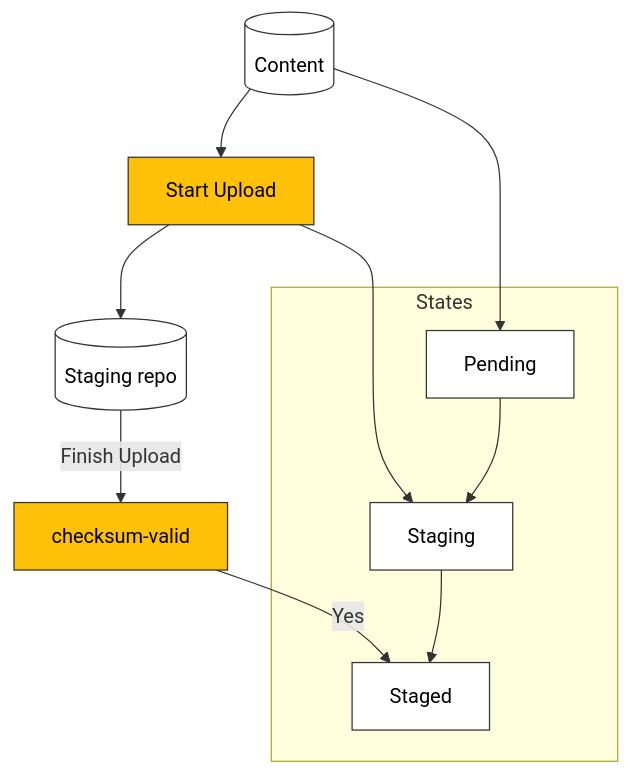
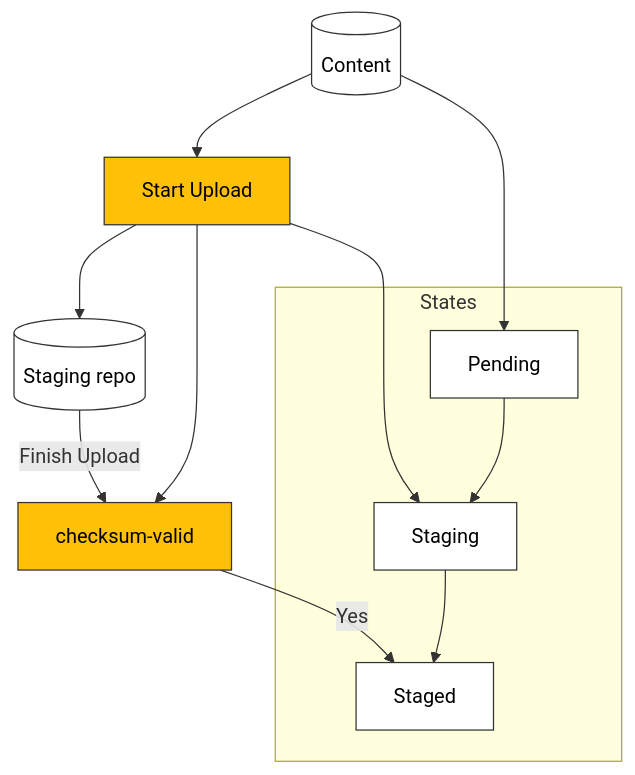
The fourth of 4 diagrams in docs/implementation/asset_upload/stage_content.md (Roche-CSI/ama), drawn with Mermaid before and after one commit. The commit also changed other lines of this file and 26 other files, not shown here.

````diff
--- a/docs/implementation/asset_upload/stage_content.md
+++ b/docs/implementation/asset_upload/stage_content.md
@@ -124,29 +120,30 @@
 ```mermaid
 graph TD
     Content[("Content")] --> StartUpload["Start Upload"]
     StartUpload --> StagingRepo[("Staging repo")]
     StartUpload --> Staging["Staging"]
     ChecksumValid["checksum-valid"]
     StagingRepo-- Finish Upload -->ChecksumValid -->|Yes| Staged["Staged"]
     Content --> Pending["Pending"]
     Pending --> Staging
     Staging --> Staged
+    StartUpload --> ChecksumValid
     
     %% States subgraph
     subgraph States
     Pending
     Staging
     Staged
     end
     
     %% Styling
     classDef default fill:white,stroke:#333,stroke-width:1px,color:black
     classDef decision fill:#FFC107,stroke:#333,stroke-width:1px,color:black,shape:diamond
     classDef stacked fill:white,stroke:#333,stroke-width:1px,color:black
     classDef state fill:white,stroke:#333,stroke-width:1px,color:black
     
     class Content stacked
     class StagingRepo stacked
     class StartUpload,ChecksumValid decision
     class Pending,Staging,Staged state
 ```
````
